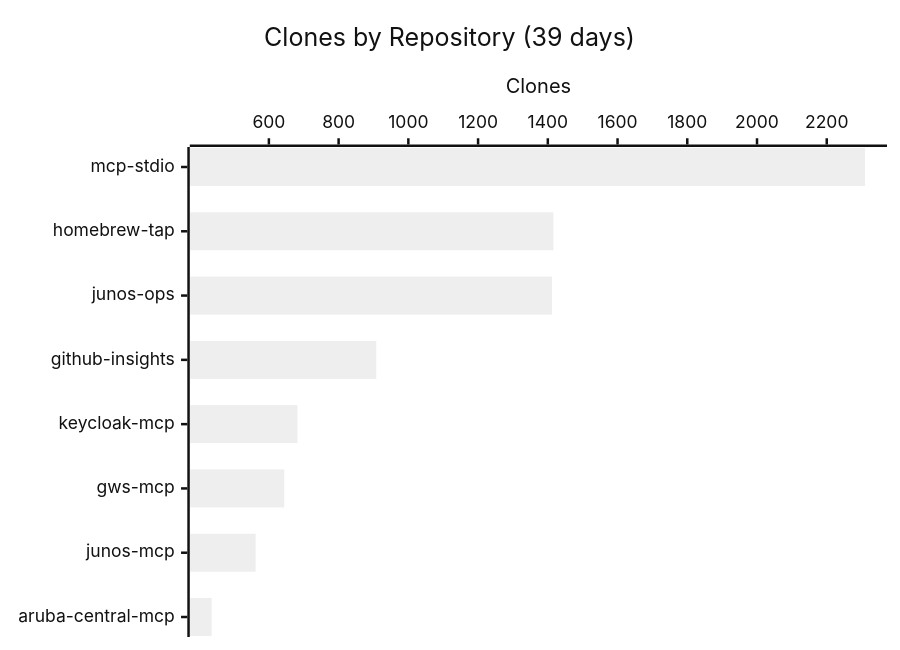
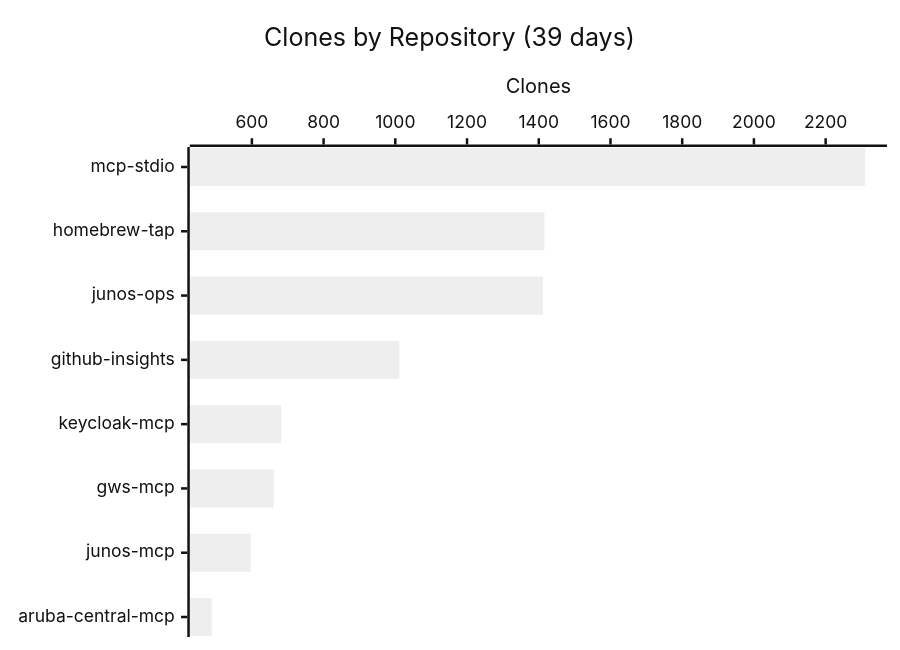
Before and after one commit to shigechika/github-insights: the third of 3 diagrams in README.md, drawn with Mermaid (neutral theme). The commit also changed other lines of this file and 1 other file, not shown here.

````diff
--- a/README.md
+++ b/README.md
@@ -36,7 +36,7 @@
 ```mermaid
 xychart-beta horizontal
     title "Clones by Repository (39 days)"
     x-axis ["mcp-stdio", "homebrew-tap", "junos-ops", "github-insights", "keycloak-mcp", "gws-mcp", "junos-mcp", "aruba-central-mcp"]
     y-axis "Clones"
-    bar [2310, 1416, 1412, 908, 682, 644, 562, 436]
+    bar [2310, 1416, 1412, 1011, 682, 661, 597, 488]
 ```
````
